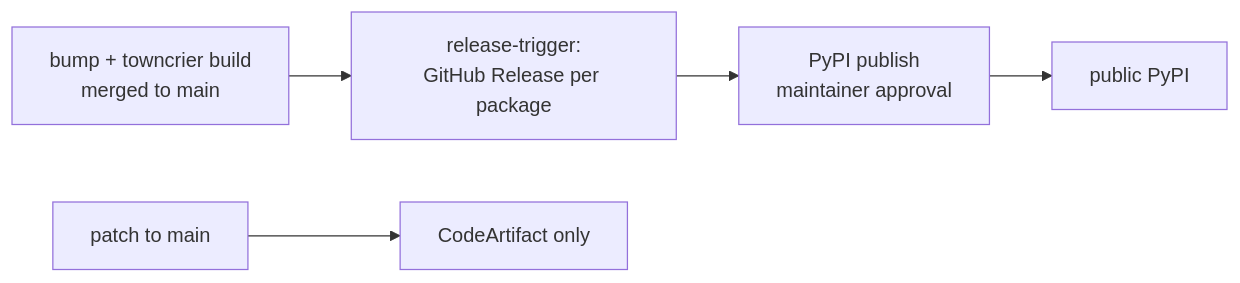
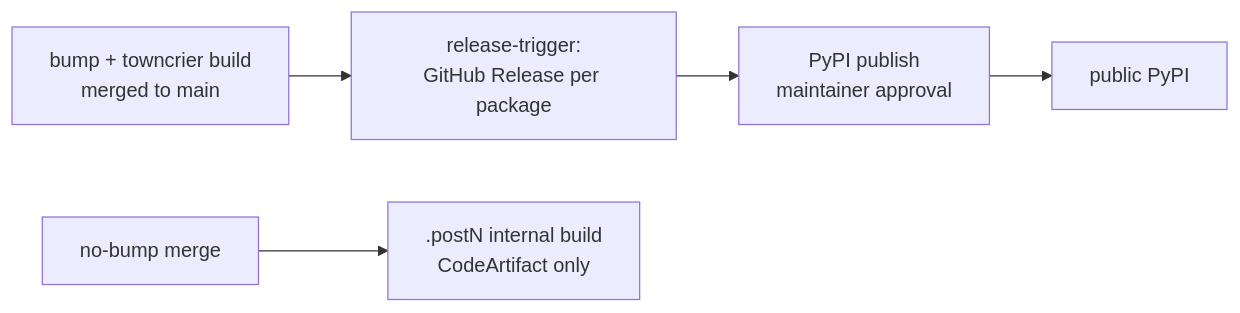
The diagram in docs/versioning.md (OvertureMaps/schema), drawn with Mermaid before and after one commit. The commit also changed other lines of this file and 6 other files, not shown here.

First line of the commit message:
[FEATURE](devops) Human-owned patch releases + PEP 440 post internal builds

````diff
--- a/docs/versioning.md
+++ b/docs/versioning.md
@@ -105,6 +123,6 @@
 ```mermaid
 flowchart LR
     A[bump + towncrier build<br/>merged to main] --> B[release-trigger:<br/>GitHub Release per package]
     B --> C[PyPI publish<br/>maintainer approval] --> D[public PyPI]
-    E[patch to main] --> F[CodeArtifact only]
+    E[no-bump merge] --> F[.postN internal build<br/>CodeArtifact only]
 ```
````
